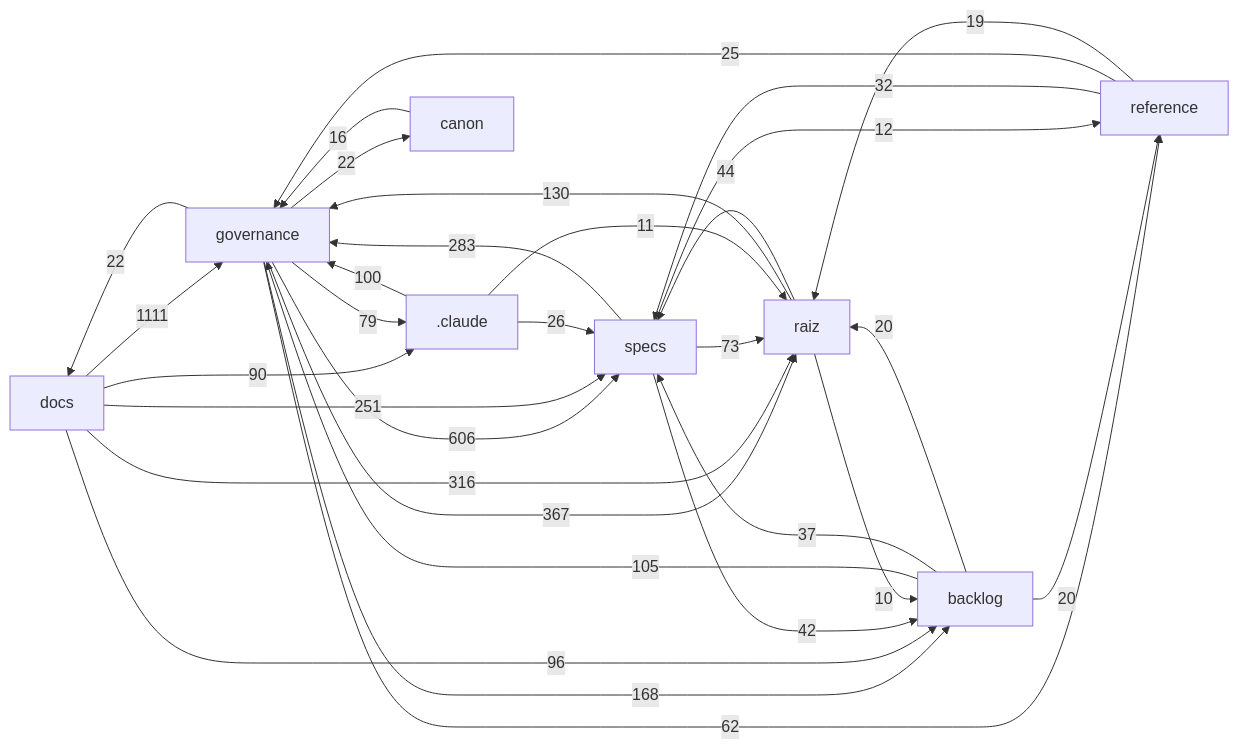
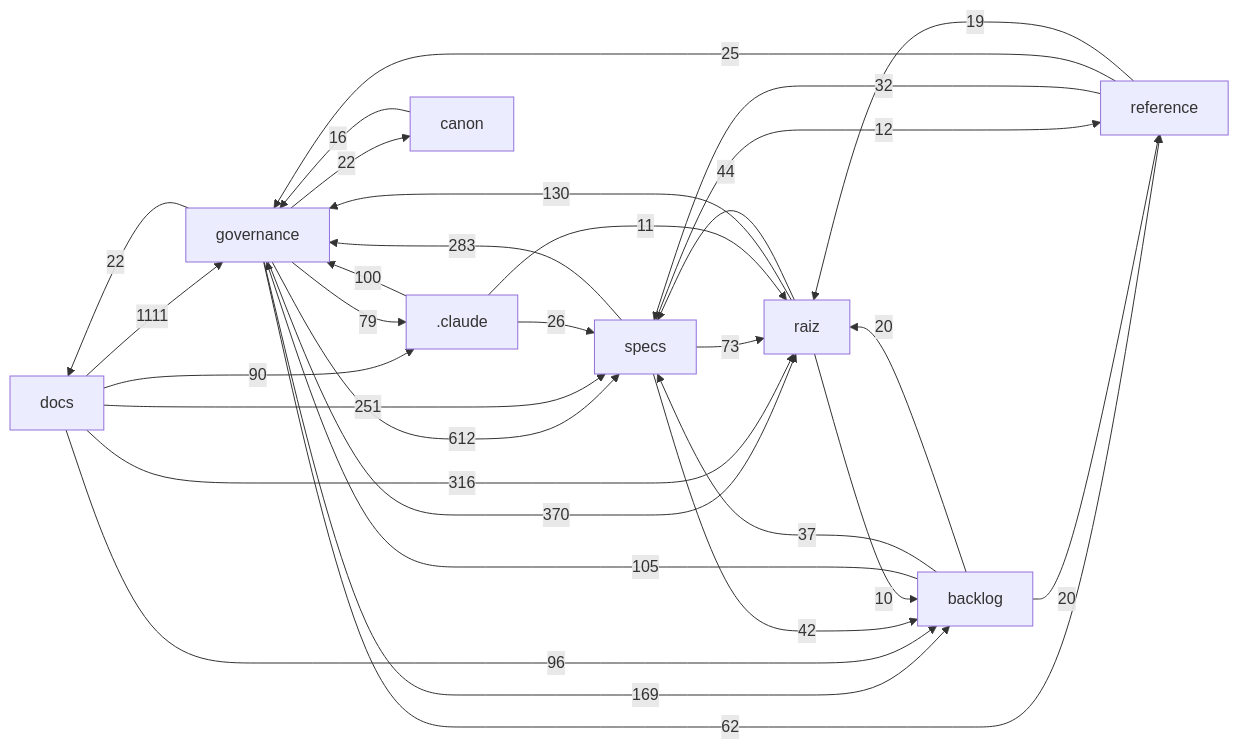
The diagram in docs/mapa/MAPA-PROJETO.md (Andraus35/Sistema-Operacional-de-Trading--SOT), drawn with Mermaid before and after one commit. The commit also changed other lines of this file and 2 other files, not shown here.

````diff
--- a/docs/mapa/MAPA-PROJETO.md
+++ b/docs/mapa/MAPA-PROJETO.md
@@ -29,33 +29,33 @@
 ```mermaid
 flowchart LR
   docs["docs"] -->|1111| governance["governance"]
-  governance["governance"] -->|606| specs["specs"]
-  governance["governance"] -->|367| raiz["raiz"]
+  governance["governance"] -->|612| specs["specs"]
+  governance["governance"] -->|370| raiz["raiz"]
   docs["docs"] -->|316| raiz["raiz"]
   specs["specs"] -->|283| governance["governance"]
   docs["docs"] -->|251| specs["specs"]
-  governance["governance"] -->|168| backlog["backlog"]
+  governance["governance"] -->|169| backlog["backlog"]
   raiz["raiz"] -->|130| governance["governance"]
   backlog["backlog"] -->|105| governance["governance"]
   _claude[".claude"] -->|100| governance["governance"]
   docs["docs"] -->|96| backlog["backlog"]
   docs["docs"] -->|90| _claude[".claude"]
   governance["governance"] -->|79| _claude[".claude"]
   specs["specs"] -->|73| raiz["raiz"]
   governance["governance"] -->|62| reference["reference"]
   raiz["raiz"] -->|44| specs["specs"]
   specs["specs"] -->|42| backlog["backlog"]
   backlog["backlog"] -->|37| specs["specs"]
   reference["reference"] -->|32| specs["specs"]
   _claude[".claude"] -->|26| specs["specs"]
   reference["reference"] -->|25| governance["governance"]
   governance["governance"] -->|22| docs["docs"]
   governance["governance"] -->|22| canon["canon"]
   backlog["backlog"] -->|20| raiz["raiz"]
   backlog["backlog"] -->|20| reference["reference"]
   reference["reference"] -->|19| raiz["raiz"]
   canon["canon"] -->|16| governance["governance"]
   specs["specs"] -->|12| reference["reference"]
   _claude[".claude"] -->|11| raiz["raiz"]
   raiz["raiz"] -->|10| backlog["backlog"]
 ```
````
